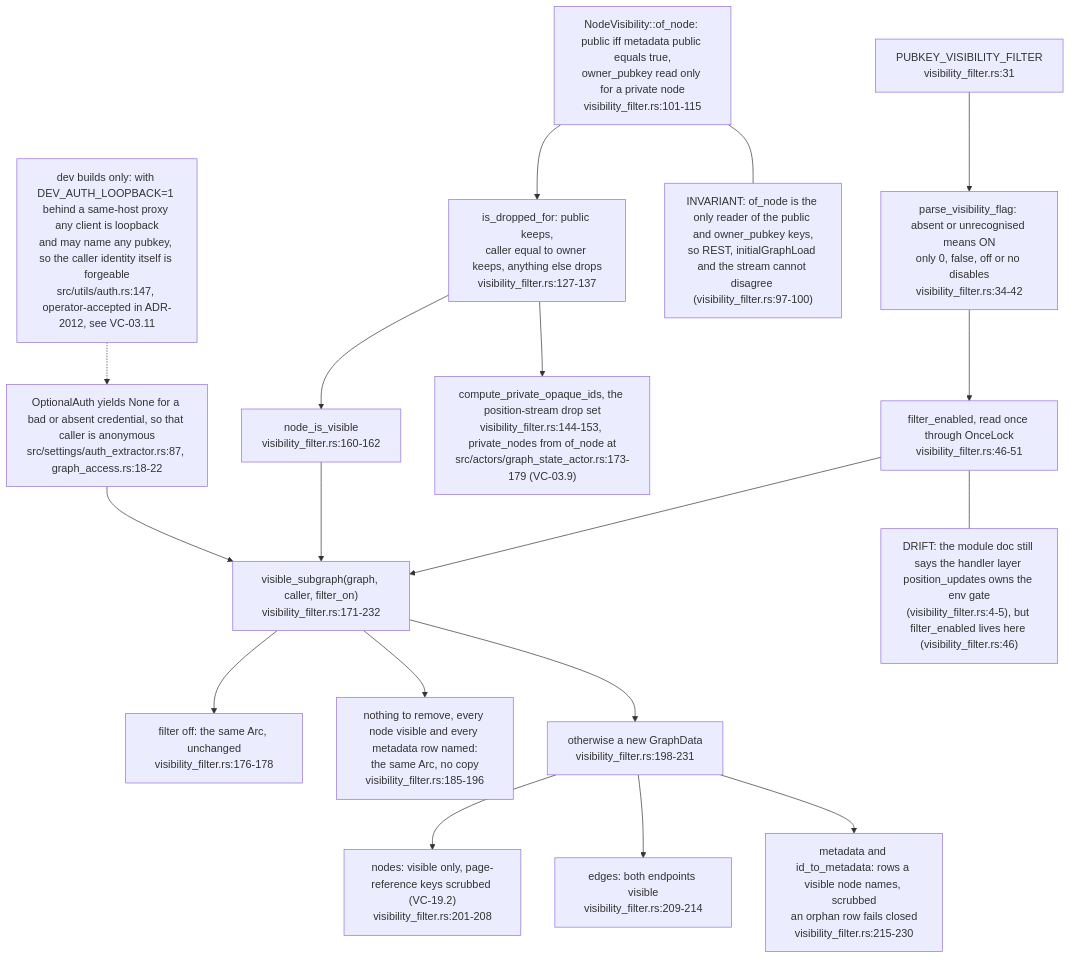
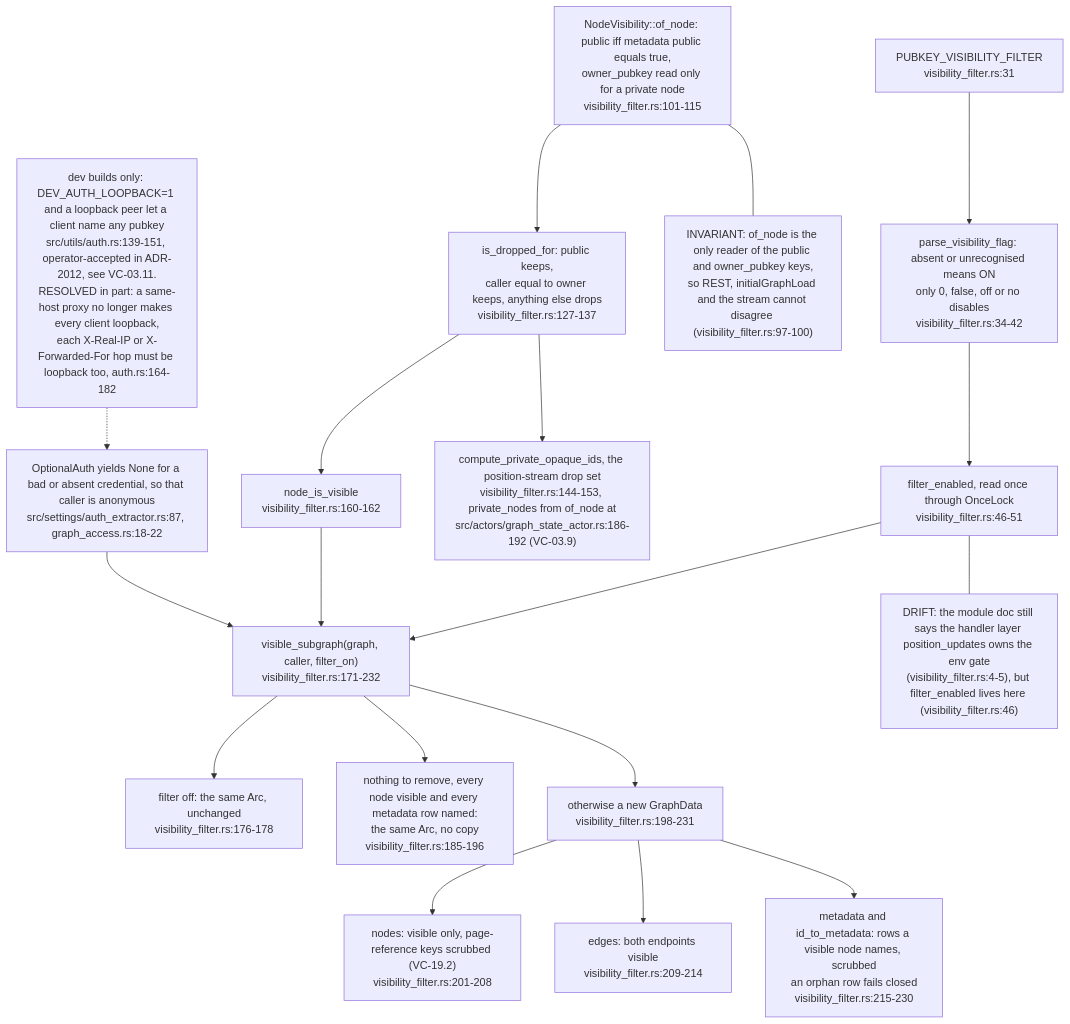
One commit to DreamLab-AI/VisionFlow changed the first of 7 diagrams in docs/diagrams/visionclaw/19-visibility-gate-and-metadata-scrub.md. Above: the diagram before and after it, drawn with Mermaid. The commit also changed other lines of this file and 7 other files, not shown here.

````diff
--- a/docs/diagrams/visionclaw/19-visibility-gate-and-metadata-scrub.md
+++ b/docs/diagrams/visionclaw/19-visibility-gate-and-metadata-scrub.md
@@ -64,24 +65,24 @@
 ```mermaid
 flowchart TB
     ENV["PUBKEY_VISIBILITY_FILTER<br/>visibility_filter.rs:31"] --> PARSE["parse_visibility_flag: absent or unrecognised means ON<br/>only 0, false, off or no disables<br/>visibility_filter.rs:34-42"]
     PARSE --> FE["filter_enabled, read once through OnceLock<br/>visibility_filter.rs:46-51"]
     ON["NodeVisibility::of_node: public iff metadata public equals true,<br/>owner_pubkey read only for a private node<br/>visibility_filter.rs:101-115"] --> DROP["is_dropped_for: public keeps,<br/>caller equal to owner keeps, anything else drops<br/>visibility_filter.rs:127-137"]
     DROP --> NIV["node_is_visible<br/>visibility_filter.rs:160-162"]
-    DROP --> CPO["compute_private_opaque_ids, the position-stream drop set<br/>visibility_filter.rs:144-153, private_nodes from of_node at<br/>src/actors/graph_state_actor.rs:173-179 (VC-03.9)"]
+    DROP --> CPO["compute_private_opaque_ids, the position-stream drop set<br/>visibility_filter.rs:144-153, private_nodes from of_node at<br/>src/actors/graph_state_actor.rs:186-192 (VC-03.9)"]
     FE --> VS
     NIV --> VS["visible_subgraph(graph, caller, filter_on)<br/>visibility_filter.rs:171-232"]
     VS --> OFF["filter off: the same Arc, unchanged<br/>visibility_filter.rs:176-178"]
     VS --> SAME["nothing to remove, every node visible and every metadata row named:<br/>the same Arc, no copy<br/>visibility_filter.rs:185-196"]
     VS --> NEW["otherwise a new GraphData<br/>visibility_filter.rs:198-231"]
     NEW --> N1["nodes: visible only, page-reference keys scrubbed (VC-19.2)<br/>visibility_filter.rs:201-208"]
     NEW --> N2["edges: both endpoints visible<br/>visibility_filter.rs:209-214"]
     NEW --> N3["metadata and id_to_metadata: rows a visible node names, scrubbed<br/>an orphan row fails closed<br/>visibility_filter.rs:215-230"]
     INV["INVARIANT: of_node is the only reader of the public and owner_pubkey keys,<br/>so REST, initialGraphLoad and the stream cannot disagree (visibility_filter.rs:97-100)"]
     ON --- INV
     DR["DRIFT: the module doc still says the handler layer position_updates owns the env gate<br/>(visibility_filter.rs:4-5), but filter_enabled lives here (visibility_filter.rs:46)"]
     FE --- DR
     OA["OptionalAuth yields None for a bad or absent credential, so that caller is anonymous<br/>src/settings/auth_extractor.rs:87, graph_access.rs:18-22"]
     OA --> VS
-    DEV["dev builds only: with DEV_AUTH_LOOPBACK=1 behind a same-host proxy any client is loopback<br/>and may name any pubkey, so the caller identity itself is forgeable<br/>src/utils/auth.rs:147, operator-accepted in ADR-2012, see VC-03.11"]
+    DEV["dev builds only: DEV_AUTH_LOOPBACK=1 and a loopback peer let a client name any pubkey<br/>src/utils/auth.rs:139-151, operator-accepted in ADR-2012, see VC-03.11.<br/>RESOLVED in part: a same-host proxy no longer makes every client loopback,<br/>each X-Real-IP or X-Forwarded-For hop must be loopback too, auth.rs:164-182"]
     DEV -.-> OA
 ```
````
